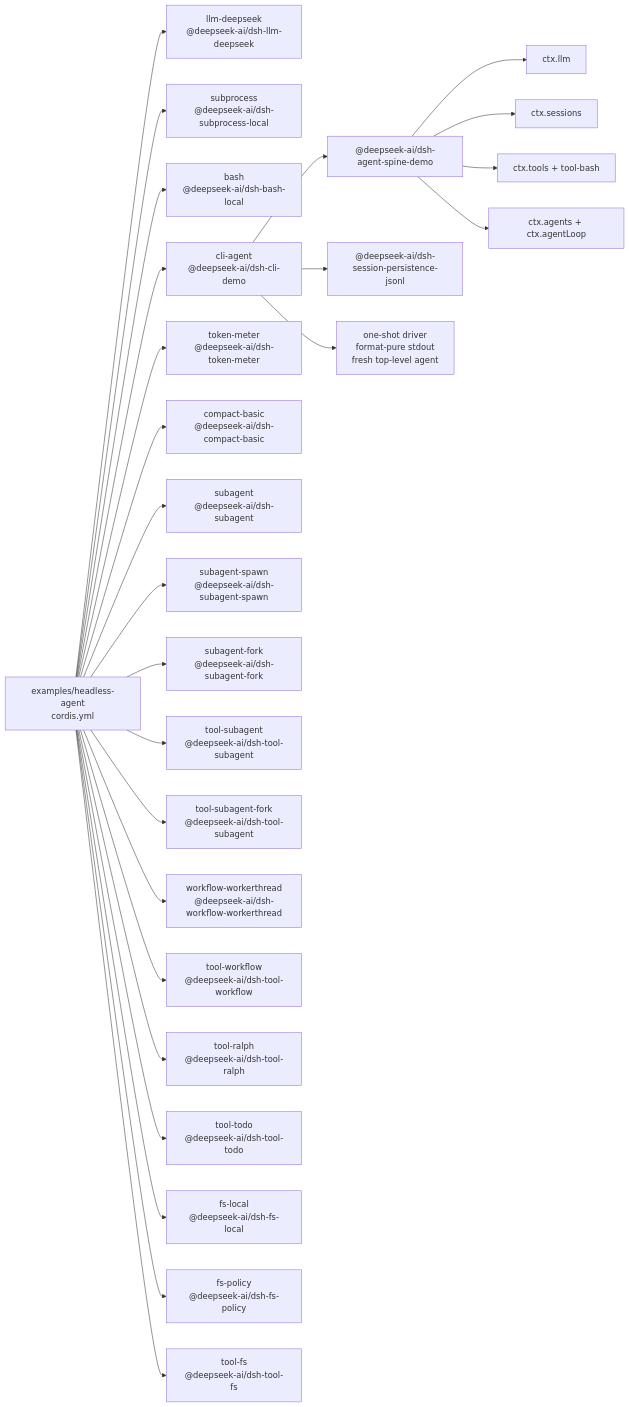
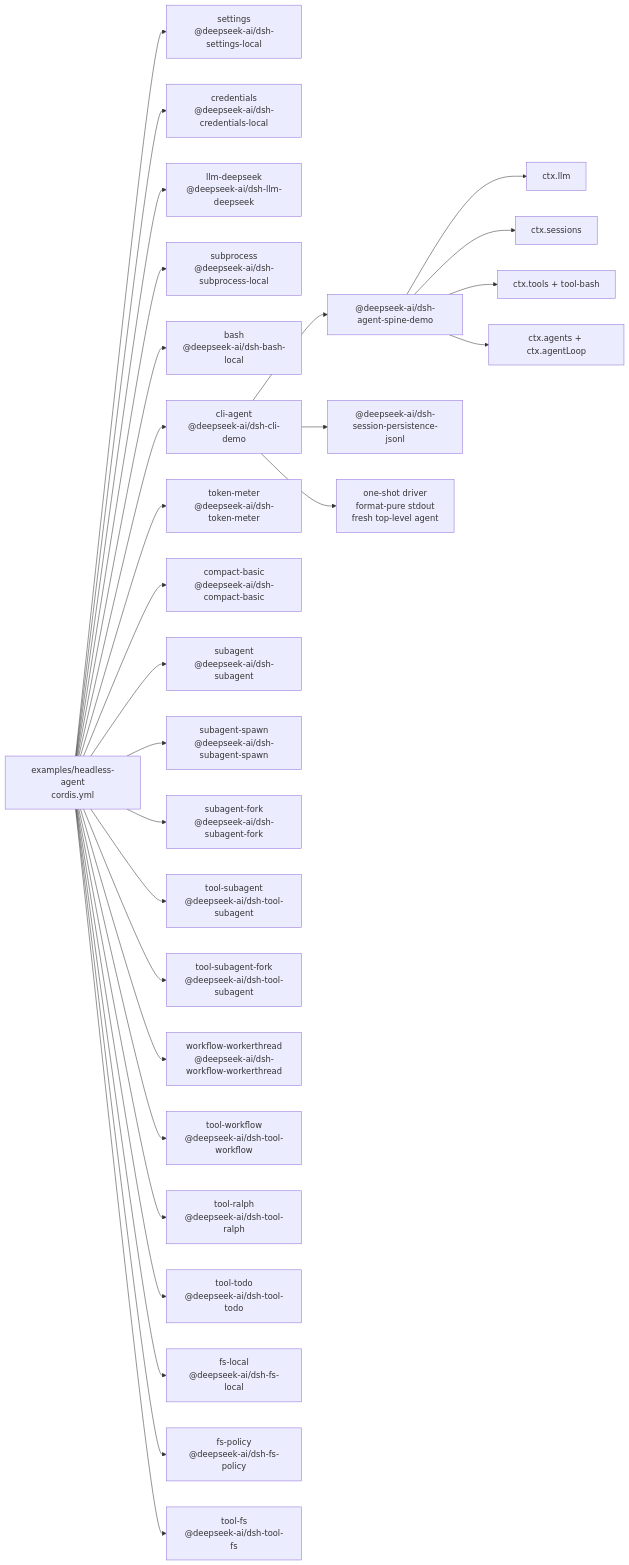
The diagram in examples/headless-agent/composition.md (eru123/coco-harness), drawn with Mermaid before and after one commit. The commit also changed other lines of this file and 129 other files, not shown here.

````diff
--- a/examples/headless-agent/composition.md
+++ b/examples/headless-agent/composition.md
@@ -8,47 +8,51 @@
 ```mermaid
 flowchart LR
   cfg["examples/headless-agent<br/>cordis.yml"]
+  plugin_headless_settings["settings<br/>@deepseek-ai/dsh-settings-local"]
+  cfg --> plugin_headless_settings
+  plugin_headless_credentials["credentials<br/>@deepseek-ai/dsh-credentials-local"]
+  cfg --> plugin_headless_credentials
   plugin_headless_llm_deepseek["llm-deepseek<br/>@deepseek-ai/dsh-llm-deepseek"]
   cfg --> plugin_headless_llm_deepseek
   plugin_headless_subprocess["subprocess<br/>@deepseek-ai/dsh-subprocess-local"]
   cfg --> plugin_headless_subprocess
   plugin_headless_bash["bash<br/>@deepseek-ai/dsh-bash-local"]
   cfg --> plugin_headless_bash
   plugin_headless_cli_agent["cli-agent<br/>@deepseek-ai/dsh-cli-demo"]
   cfg --> plugin_headless_cli_agent
   plugin_headless_cli_agent --> bundle_agent_core["@deepseek-ai/dsh-agent-spine-demo"]
   plugin_headless_cli_agent --> bundle_jsonl["@deepseek-ai/dsh-session-persistence-jsonl"]
   plugin_headless_cli_agent --> frontdoor_cli["one-shot driver<br/>format-pure stdout<br/>fresh top-level agent"]
   bundle_agent_core --> spine_llm["ctx.llm"]
   bundle_agent_core --> spine_sessions["ctx.sessions"]
   bundle_agent_core --> spine_tools["ctx.tools + tool-bash"]
   bundle_agent_core --> spine_loop["ctx.agents + ctx.agentLoop"]
   plugin_headless_token_meter["token-meter<br/>@deepseek-ai/dsh-token-meter"]
   cfg --> plugin_headless_token_meter
   plugin_headless_compact_basic["compact-basic<br/>@deepseek-ai/dsh-compact-basic"]
   cfg --> plugin_headless_compact_basic
   plugin_headless_subagent["subagent<br/>@deepseek-ai/dsh-subagent"]
   cfg --> plugin_headless_subagent
   plugin_headless_subagent_spawn["subagent-spawn<br/>@deepseek-ai/dsh-subagent-spawn"]
   cfg --> plugin_headless_subagent_spawn
   plugin_headless_subagent_fork["subagent-fork<br/>@deepseek-ai/dsh-subagent-fork"]
   cfg --> plugin_headless_subagent_fork
   plugin_headless_tool_subagent["tool-subagent<br/>@deepseek-ai/dsh-tool-subagent"]
   cfg --> plugin_headless_tool_subagent
   plugin_headless_tool_subagent_fork["tool-subagent-fork<br/>@deepseek-ai/dsh-tool-subagent"]
   cfg --> plugin_headless_tool_subagent_fork
   plugin_headless_workflow_workerthread["workflow-workerthread<br/>@deepseek-ai/dsh-workflow-workerthread"]
   cfg --> plugin_headless_workflow_workerthread
   plugin_headless_tool_workflow["tool-workflow<br/>@deepseek-ai/dsh-tool-workflow"]
   cfg --> plugin_headless_tool_workflow
   plugin_headless_tool_ralph["tool-ralph<br/>@deepseek-ai/dsh-tool-ralph"]
   cfg --> plugin_headless_tool_ralph
   plugin_headless_tool_todo["tool-todo<br/>@deepseek-ai/dsh-tool-todo"]
   cfg --> plugin_headless_tool_todo
   plugin_headless_fs_local["fs-local<br/>@deepseek-ai/dsh-fs-local"]
   cfg --> plugin_headless_fs_local
   plugin_headless_fs_policy["fs-policy<br/>@deepseek-ai/dsh-fs-policy"]
   cfg --> plugin_headless_fs_policy
   plugin_headless_tool_fs["tool-fs<br/>@deepseek-ai/dsh-tool-fs"]
   cfg --> plugin_headless_tool_fs
 ```
````
